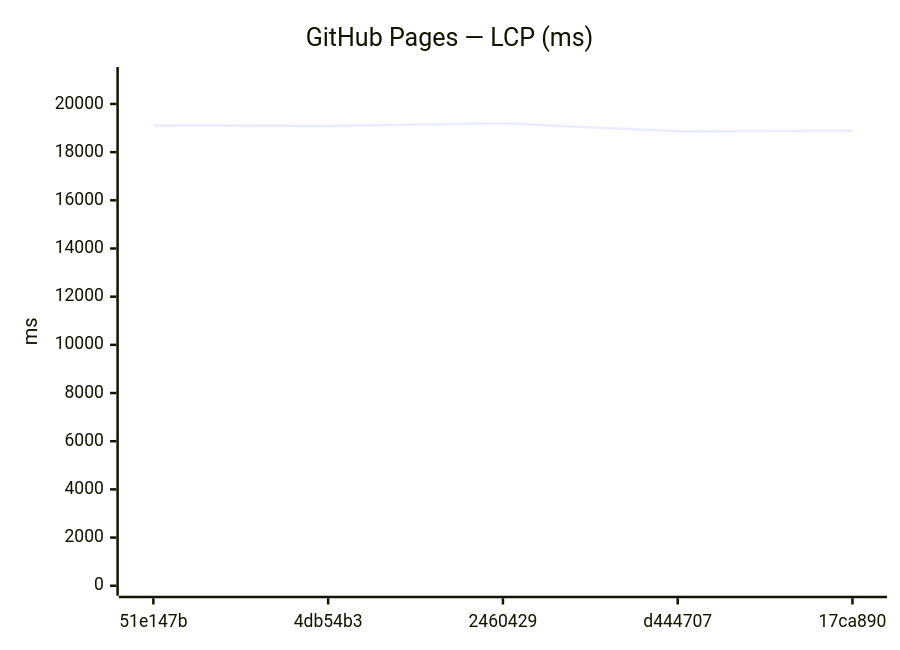
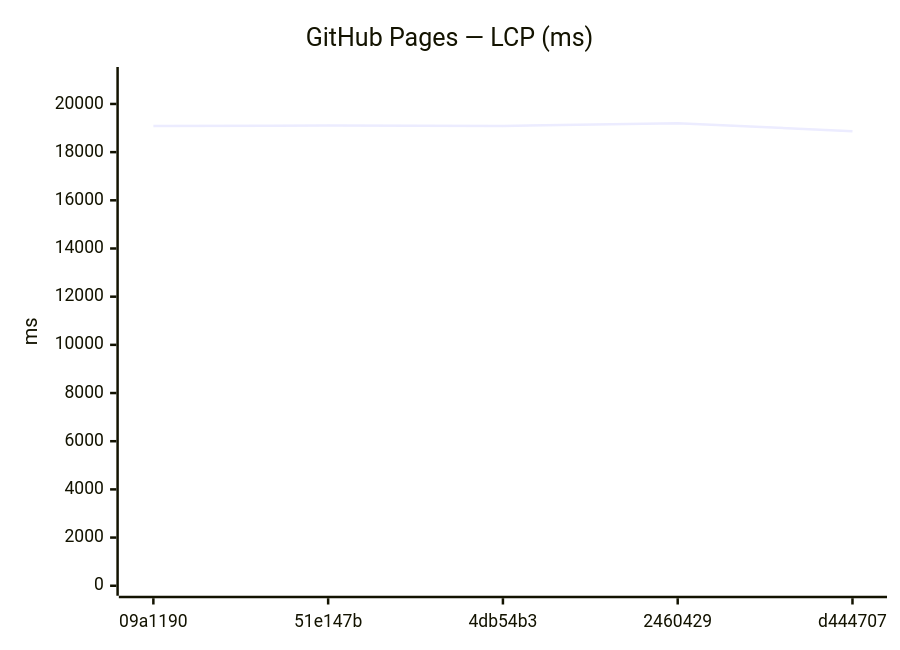
Before and after one commit to Metaheurist/Rianell: the ninth of 18 diagrams in benchmarks/compare.md, drawn with Mermaid. The commit also changed other lines of this file and 11 other files, not shown here.

````diff
--- a/benchmarks/compare.md
+++ b/benchmarks/compare.md
@@ -142,7 +142,7 @@
 ```mermaid
 xychart-beta
     title "GitHub Pages — LCP (ms)"
-    x-axis ["51e147b", "4db54b3", "2460429", "d444707", "17ca890"]
+    x-axis ["09a1190", "51e147b", "4db54b3", "2460429", "d444707"]
     y-axis "ms" 0 --> 21119
-    line [19101, 19086, 19199, 18871, 18888]
+    line [19086, 19101, 19086, 19199, 18871]
 ```
````
